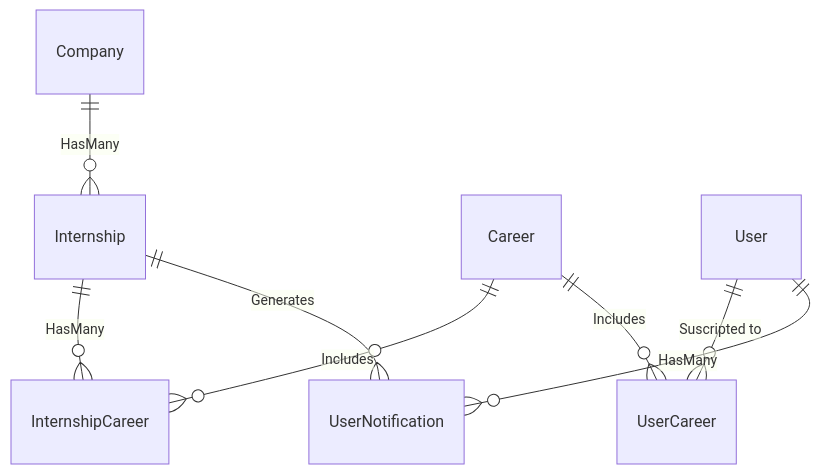
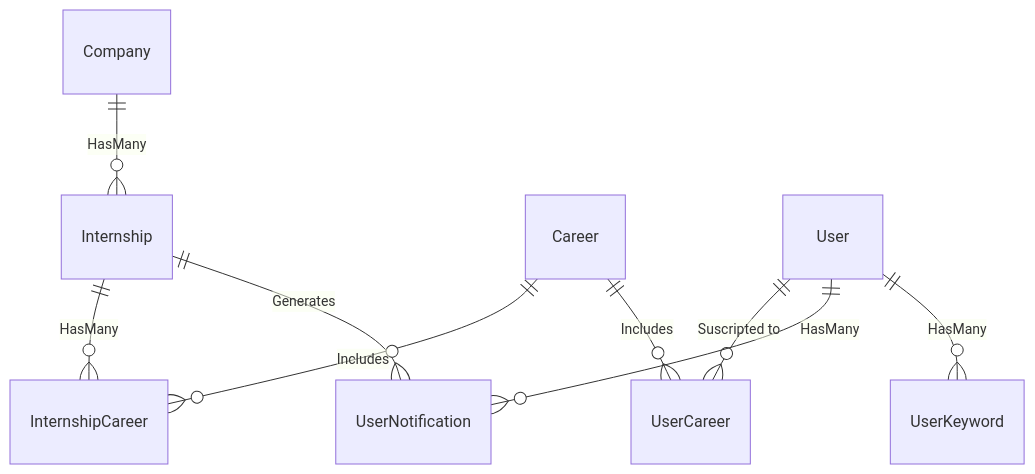
One commit to agustinmusumeci/utn-interships-rep changed the diagram in docs/architecture/database.md. Above: the diagram before and after it, drawn with Mermaid. The commit also changed other lines of this file and 9 other files, not shown here.

````diff
--- a/docs/architecture/database.md
+++ b/docs/architecture/database.md
@@ -1,10 +1,11 @@
 ```mermaid
 erDiagram
   Company ||--o{ Internship : "HasMany"
   Internship ||--o{ InternshipCareer : "HasMany"
   Career ||--o{ InternshipCareer : "Includes"
   User ||--o{ UserCareer : "Suscripted to"
   Career ||--o{ UserCareer : "Includes"
   User ||--o{ UserNotification : "HasMany"
+  User ||--o{ UserKeyword : "HasMany"
   Internship ||--o{ UserNotification : "Generates"
 ```
````
